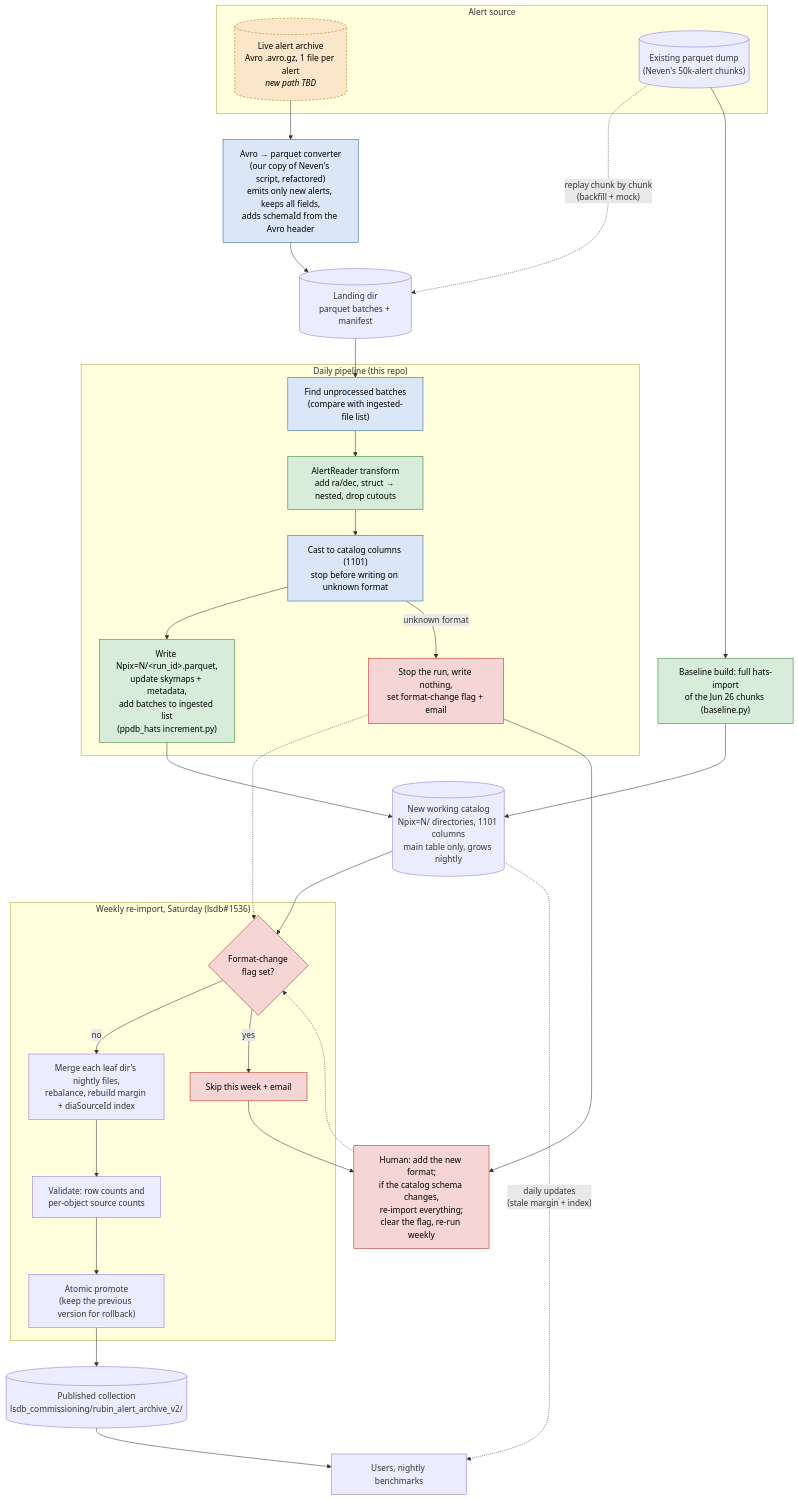
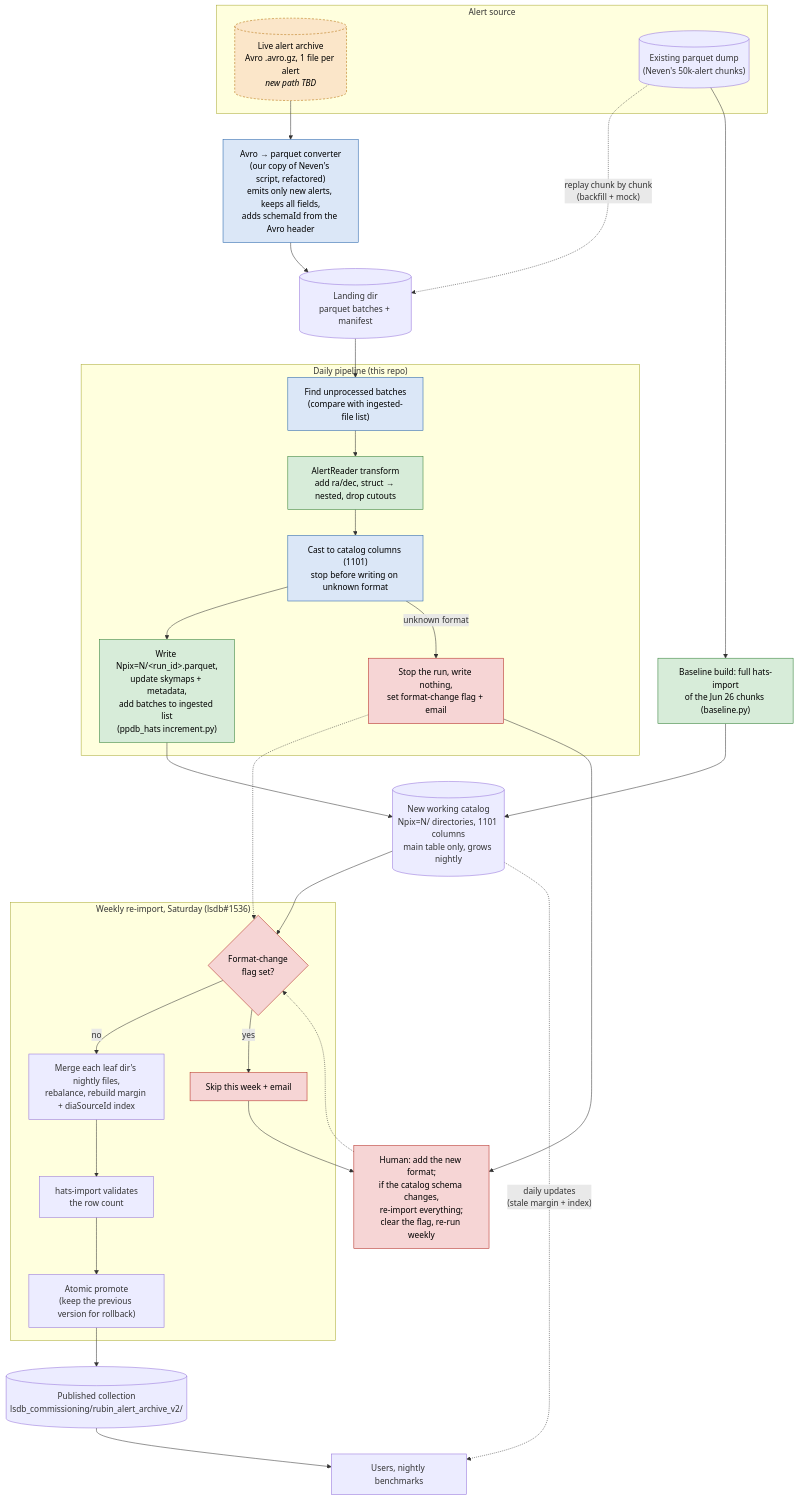
One commit to lincc-frameworks/alert-archive changed the diagram in docs/design/incremental_data_flow.md. Above: the diagram before and after it, drawn with Mermaid. The commit also changed other lines of this file and 18 other files, not shown here.

````diff
--- a/docs/design/incremental_data_flow.md
+++ b/docs/design/incremental_data_flow.md
@@ -7,67 +7,67 @@
 ```mermaid
 flowchart TD
     %% ---------- sources ----------
     subgraph SRC["Alert source"]
         LIVE[("Live alert archive<br/>Avro .avro.gz, 1 file per alert<br/><i>new path TBD</i>")]
         DUMP[("Existing parquet dump<br/>(Neven's 50k-alert chunks)")]
     end
 
     %% ---------- black box ----------
     BB["Avro → parquet converter<br/>(our copy of Neven's script, refactored)<br/>emits only new alerts, keeps all fields,<br/>adds schemaId from the Avro header"]
     LAND[("Landing dir<br/>parquet batches + manifest")]
 
     LIVE --> BB --> LAND
     DUMP -.->|"replay chunk by chunk<br/>(backfill + mock)"| LAND
 
     %% ---------- bootstrap ----------
     BASE["Baseline build: full hats-import<br/>of the Jun 26 chunks (baseline.py)"]
     DUMP --> BASE
     WORK[("New working catalog<br/>Npix=N/ directories, 1101 columns<br/>main table only, grows nightly")]
     BASE --> WORK
 
     %% ---------- daily ----------
     subgraph DAILY["Daily pipeline (this repo)"]
         D1["Find unprocessed batches<br/>(compare with ingested-file list)"]
         D2["AlertReader transform<br/>add ra/dec, struct → nested, drop cutouts"]
         D3["Cast to catalog columns (1101)<br/>stop before writing on unknown format"]
         D4["Write Npix=N/&lt;run_id&gt;.parquet,<br/>update skymaps + metadata,<br/>add batches to ingested list<br/>(ppdb_hats increment.py)"]
         D1 --> D2 --> D3 --> D4
         D3 -->|"unknown format"| FLAG["Stop the run, write nothing,<br/>set format-change flag + email"]
     end
 
     LAND --> D1
     D4 --> WORK
 
     %% ---------- weekly (lsdb#1536) ----------
     subgraph WEEKLY["Weekly re-import, Saturday (lsdb#1536)"]
         W0{"Format-change<br/>flag set?"}
         W1["Merge each leaf dir's nightly files,<br/>rebalance, rebuild margin + diaSourceId index"]
-        W2["Validate: row counts and<br/>per-object source counts"]
+        W2["hats-import validates<br/>the row count"]
         W3["Atomic promote<br/>(keep the previous version for rollback)"]
         SKIP["Skip this week + email"]
         W0 -->|no| W1 --> W2 --> W3
         W0 -->|yes| SKIP
     end
 
     WORK --> W0
     FLAG -.-> W0
     HUMAN["Human: add the new format;<br/>if the catalog schema changes,<br/>re-import everything;<br/>clear the flag, re-run weekly"]
     FLAG --> HUMAN
     SKIP --> HUMAN
     HUMAN -.-> W0
 
     PUB[("Published collection<br/>lsdb_commissioning/rubin_alert_archive_v2/")]
     W3 --> PUB
     PUB --> USERS["Users, nightly benchmarks"]
     WORK -.->|"daily updates<br/>(stale margin + index)"| USERS
 
     %% ---------- styling ----------
     classDef reuse fill:#d7ecd9,stroke:#2e7d32,color:#000
     classDef new fill:#dbe7f7,stroke:#1f5fa8,color:#000
     classDef tbd fill:#fbe6c9,stroke:#b26a00,color:#000,stroke-dasharray:4 3
     classDef fmt fill:#f6d5d5,stroke:#b3261e,color:#000
     class BASE,D2,D4 reuse
     class D1,D3,BB new
     class FLAG,SKIP,HUMAN,W0 fmt
     class LIVE tbd
 ```
````
